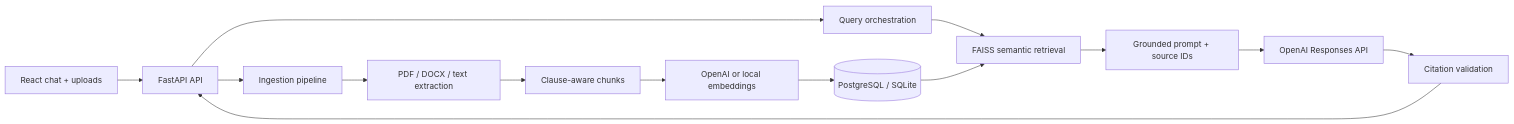
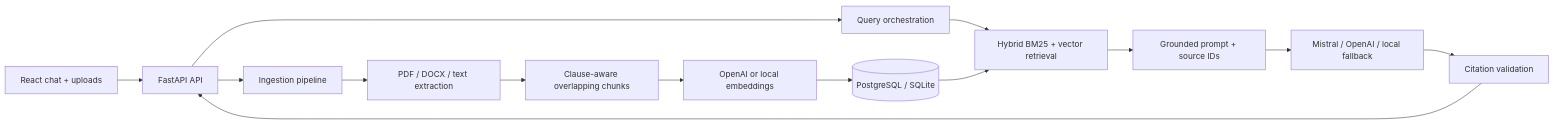
The diagram in README.md (navdeep03-03/legal-assistant), drawn with Mermaid before and after one commit. The commit also changed other lines of this file and 19 other files, not shown here.

````diff
--- a/README.md
+++ b/README.md
@@ -11,16 +11,16 @@
 ```mermaid
 flowchart LR
     UI[React chat + uploads] --> API[FastAPI API]
     API --> ORCH[Query orchestration]
     API --> INGEST[Ingestion pipeline]
     INGEST --> EXTRACT[PDF / DOCX / text extraction]
-    EXTRACT --> CHUNK[Clause-aware chunks]
+    EXTRACT --> CHUNK[Clause-aware overlapping chunks]
     CHUNK --> EMBED[OpenAI or local embeddings]
     EMBED --> DB[(PostgreSQL / SQLite)]
-    ORCH --> RETRIEVE[FAISS semantic retrieval]
+    ORCH --> RETRIEVE[Hybrid BM25 + vector retrieval]
     DB --> RETRIEVE
     RETRIEVE --> PROMPT[Grounded prompt + source IDs]
-    PROMPT --> LLM[OpenAI Responses API]
+    PROMPT --> LLM[Mistral / OpenAI / local fallback]
     LLM --> VALIDATE[Citation validation]
     VALIDATE --> API
 ```
````
